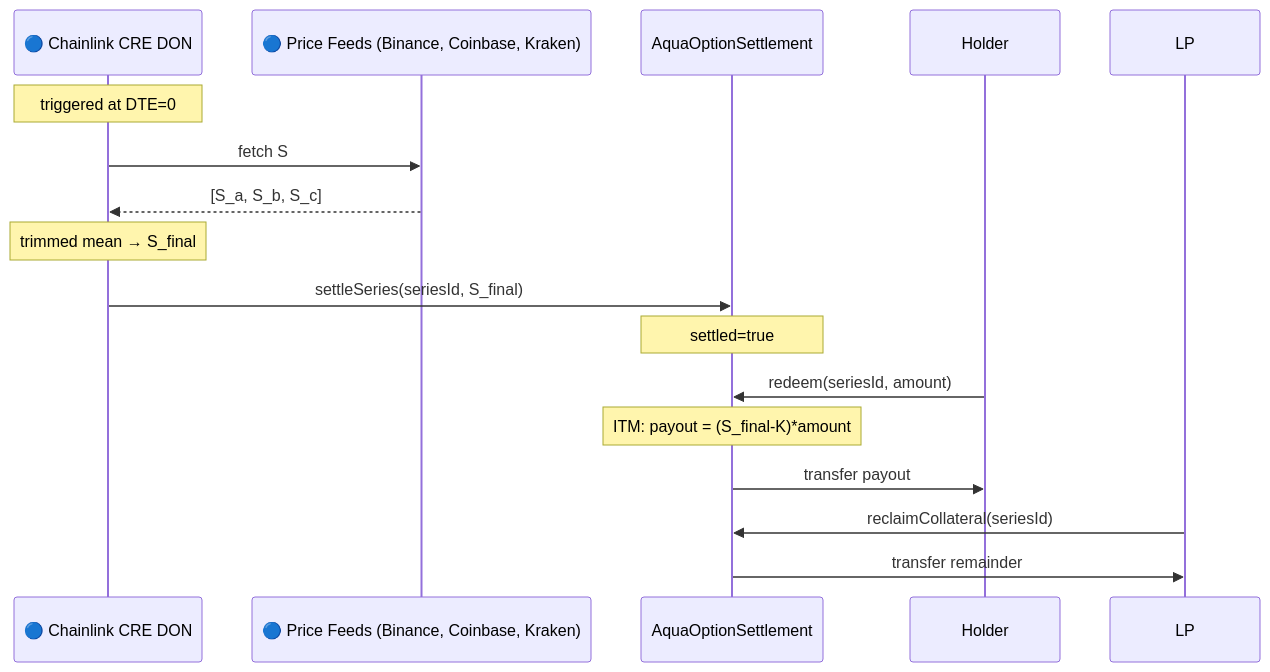
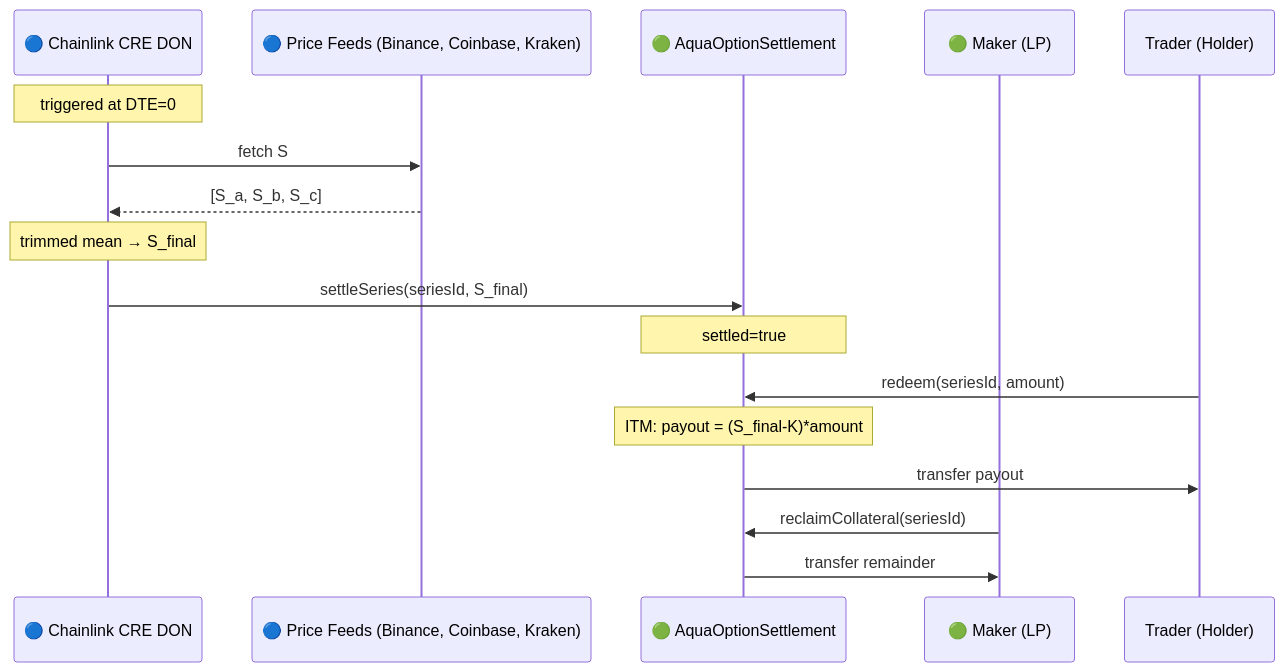
Before and after one commit to oslinin/Smile: the seventh of 7 diagrams in README.md, drawn with Mermaid. The commit also changed other lines of this file and 5 other files, not shown here.

First line of the commit message:
Polish README diagrams and collateralization docs

````diff
--- a/README.md
+++ b/README.md
@@ -242,20 +242,20 @@
 ```mermaid
 sequenceDiagram
     participant CRE as 🔵 Chainlink CRE DON
     participant Feeds as 🔵 Price Feeds (Binance, Coinbase, Kraken)
-    participant Settlement as AquaOptionSettlement
-    participant Holder
-    participant LP
+    participant Settlement as 🟢 AquaOptionSettlement
+    participant Maker as 🟢 Maker (LP)
+    participant Holder as Trader (Holder)
 
     Note over CRE: triggered at DTE=0
     CRE->>Feeds: fetch S
     Feeds-->>CRE: [S_a, S_b, S_c]
     Note over CRE: trimmed mean → S_final
     CRE->>Settlement: settleSeries(seriesId, S_final)
     Note over Settlement: settled=true
     Holder->>Settlement: redeem(seriesId, amount)
     Note over Settlement: ITM: payout = (S_final-K)*amount
     Settlement->>Holder: transfer payout
-    LP->>Settlement: reclaimCollateral(seriesId)
-    Settlement->>LP: transfer remainder
+    Maker->>Settlement: reclaimCollateral(seriesId)
+    Settlement->>Maker: transfer remainder
 ```
````
